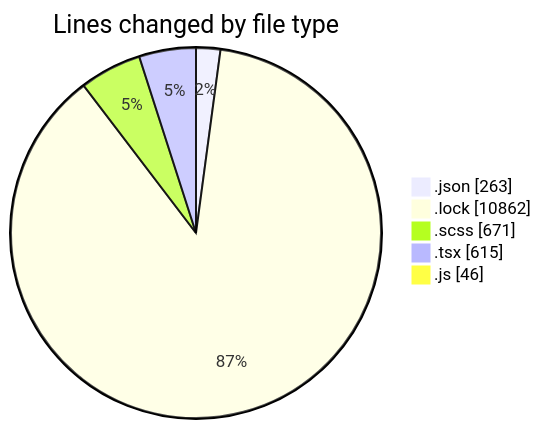
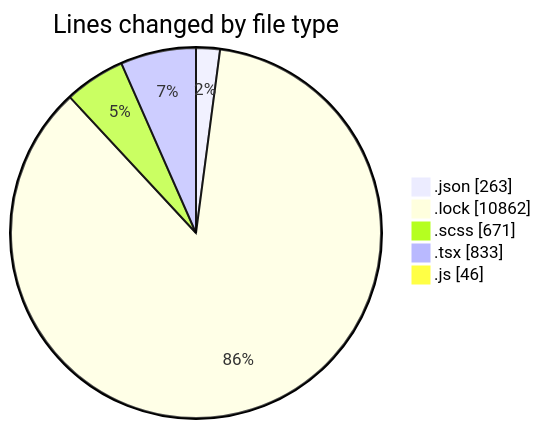
One commit to momahboobian/code-tracking changed the first of 2 diagrams in 2026-05-18/cda/README.md. Above: the diagram before and after it, drawn with Mermaid. The commit also changed other lines of this file and 1 other file, not shown here.

````diff
--- a/2026-05-18/cda/README.md
+++ b/2026-05-18/cda/README.md
@@ -31,9 +32,9 @@
 ```mermaid
 pie showData
 title Lines changed by file type
 ".json" : 263
 ".lock" : 10862
 ".scss" : 671
-".tsx" : 615
+".tsx" : 833
 ".js" : 46
 ```
````
